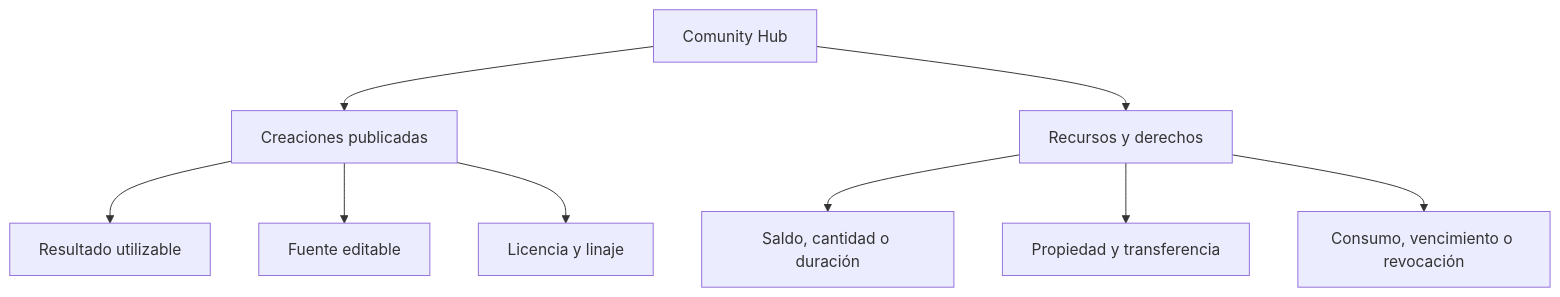
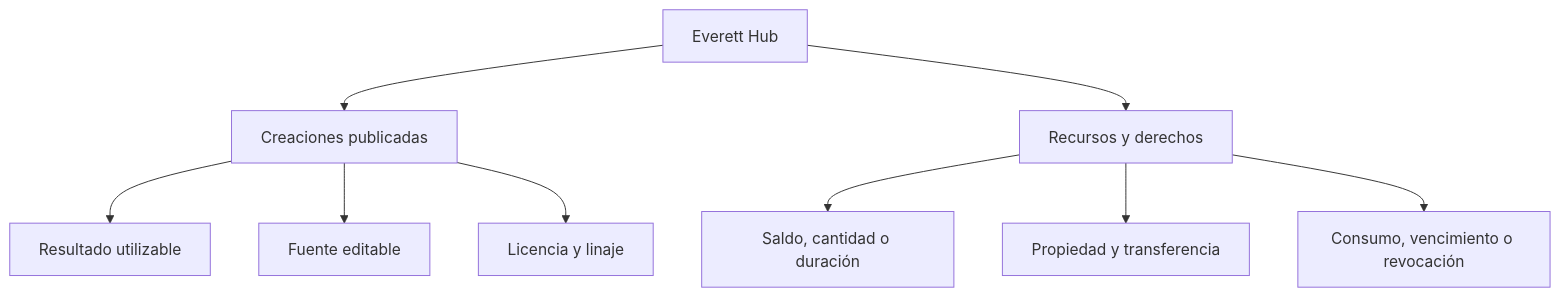
One commit to GabrielSotto/Everett changed the diagram in docs/hub/domain-model-v0.md. Above: the diagram before and after it, drawn with Mermaid. The commit also changed other lines of this file and 7 other files, not shown here.

Commit message:
docs: alinear el Hub con el producto Everett

````diff
--- a/docs/hub/domain-model-v0.md
+++ b/docs/hub/domain-model-v0.md
@@ -17,11 +17,11 @@
 ```mermaid
 flowchart TD
-    H["Comunity Hub"] --> C["Creaciones publicadas"]
+    H["Everett Hub"] --> C["Creaciones publicadas"]
     H --> R["Recursos y derechos"]
     C --> U["Resultado utilizable"]
     C --> S["Fuente editable"]
     C --> L["Licencia y linaje"]
     R --> B["Saldo, cantidad o duración"]
     R --> T["Propiedad y transferencia"]
     R --> E["Consumo, vencimiento o revocación"]
 ```
````
